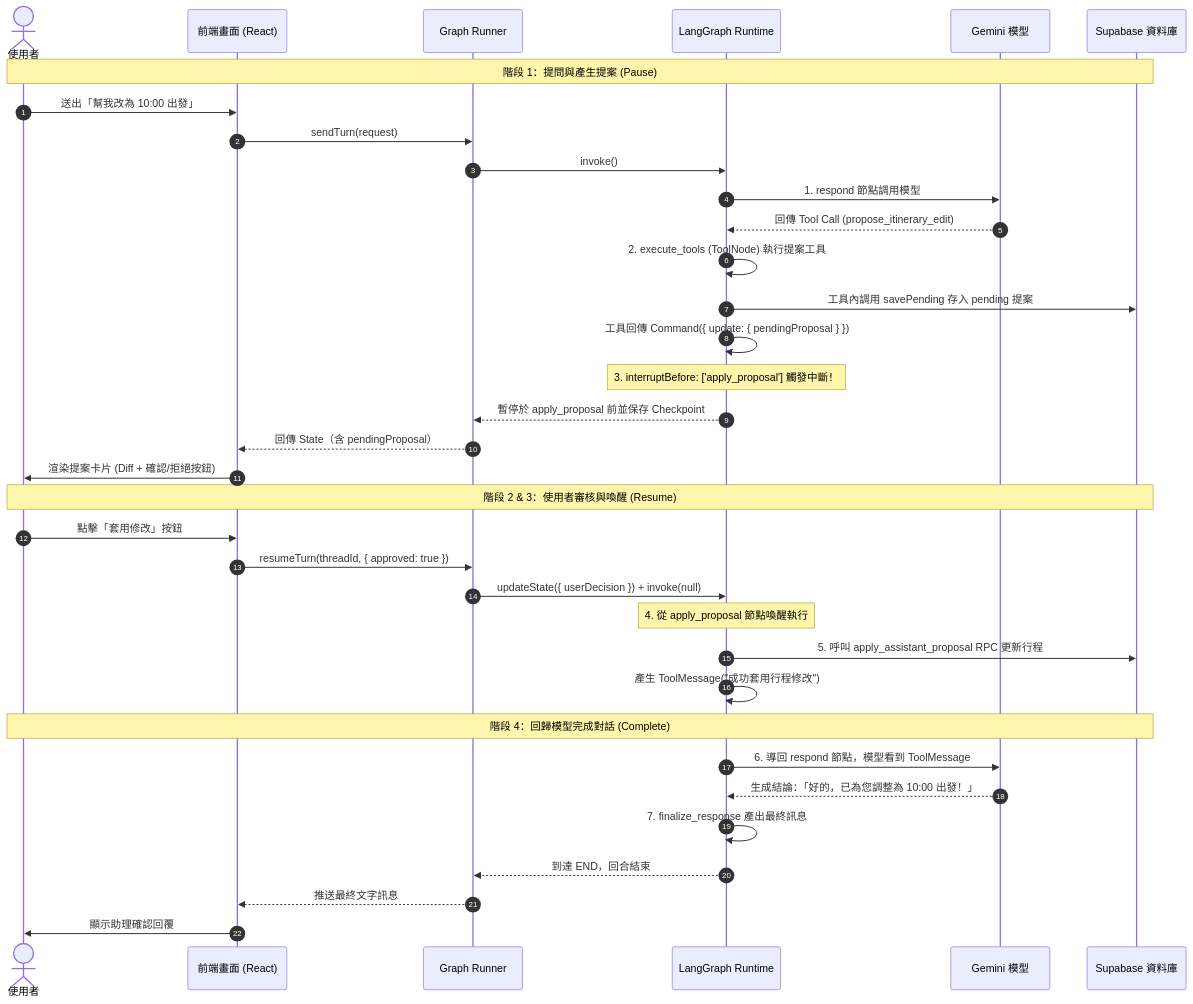
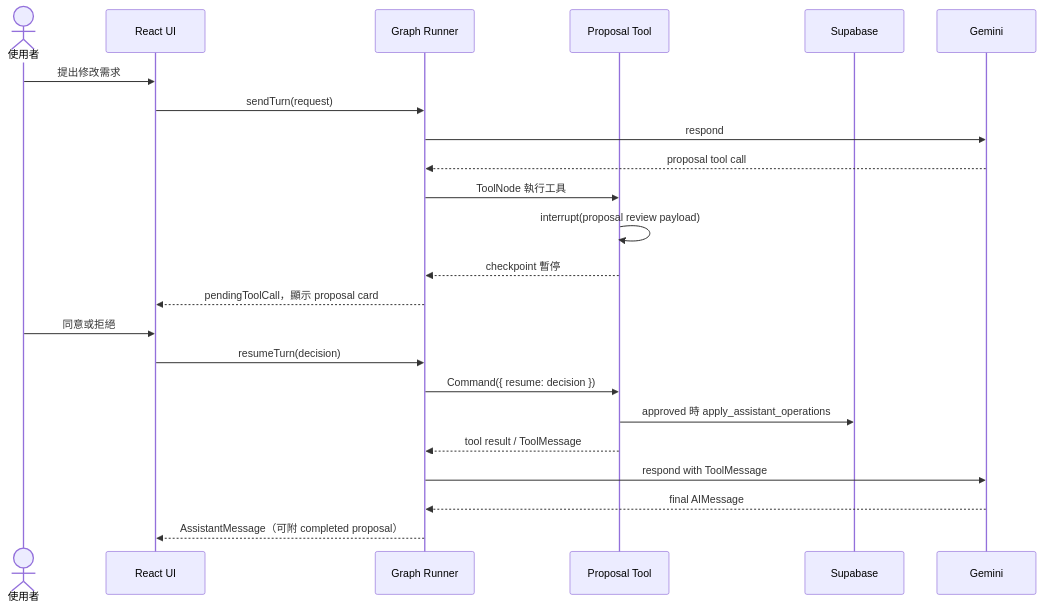
One commit to strongball/travel-web changed the diagram in docs/assistant-langgraph.md. Above: the diagram before and after it, drawn with Mermaid. The commit also changed other lines of this file and 16 other files, not shown here.

Commit message:
refactor: refactor assistant proposal flow to support artifact-based runtime tool execution and async state management

````diff
--- a/docs/assistant-langgraph.md
+++ b/docs/assistant-langgraph.md
@@ -205,40 +78,26 @@
 ```mermaid
 sequenceDiagram
-    autonumber
     actor User as 使用者
-    participant UI as 前端畫面 (React)
+    participant UI as React UI
     participant Runner as Graph Runner
-    participant LG as LangGraph Runtime
-    participant LLM as Gemini 模型
-    participant DB as Supabase 資料庫
+    participant Tool as Proposal Tool
+    participant DB as Supabase
+    participant LLM as Gemini
 
-    Note over User, DB: 階段 1：提問與產生提案 (Pause)
-    User->>UI: 送出「幫我改為 10:00 出發」
+    User->>UI: 提出修改需求
     UI->>Runner: sendTurn(request)
-    Runner->>LG: invoke()
-    LG->>LLM: 1. respond 節點調用模型
-    LLM-->>LG: 回傳 Tool Call (propose_itinerary_edit)
-    LG->>LG: 2. execute_tools (ToolNode) 執行提案工具
-    LG->>DB: 工具內調用 savePending 存入 pending 提案
-    LG->>LG: 工具回傳 Command({ update: { pendingProposal } })
-    Note over LG: 3. interruptBefore: ['apply_proposal'] 觸發中斷！
-    LG-->>Runner: 暫停於 apply_proposal 前並保存 Checkpoint
-    Runner-->>UI: 回傳 State（含 pendingProposal）
-    UI->>User: 渲染提案卡片 (Diff + 確認/拒絕按鈕)
-
-    Note over User, DB: 階段 2 & 3：使用者審核與喚醒 (Resume)
-    User->>UI: 點擊「套用修改」按鈕
-    UI->>Runner: resumeTurn(threadId, { approved: true })
-    Runner->>LG: updateState({ userDecision }) + invoke(null)
-    Note over LG: 4. 從 apply_proposal 節點喚醒執行
-    LG->>DB: 5. 呼叫 apply_assistant_proposal RPC 更新行程
-    LG->>LG: 產生 ToolMessage("成功套用行程修改")
-
-    Note over User, DB: 階段 4：回歸模型完成對話 (Complete)
-    LG->>LLM: 6. 導回 respond 節點，模型看到 ToolMessage
-    LLM-->>LG: 生成結論：「好的，已為您調整為 10:00 出發！」
-    LG->>LG: 7. finalize_response 產出最終訊息
-    LG-->>Runner: 到達 END，回合結束
-    Runner-->>UI: 推送最終文字訊息
-    UI->>User: 顯示助理確認回覆
+    Runner->>LLM: respond
+    LLM-->>Runner: proposal tool call
+    Runner->>Tool: ToolNode 執行工具
+    Tool->>Tool: interrupt(proposal review payload)
+    Tool-->>Runner: checkpoint 暫停
+    Runner-->>UI: pendingToolCall，顯示 proposal card
+    User->>UI: 同意或拒絕
+    UI->>Runner: resumeTurn(decision)
+    Runner->>Tool: Command({ resume: decision })
+    Tool->>DB: approved 時 apply_assistant_operations
+    Tool-->>Runner: tool result / ToolMessage
+    Runner->>LLM: respond with ToolMessage
+    LLM-->>Runner: final AIMessage
+    Runner-->>UI: AssistantMessage（可附 completed proposal）
 ```
````
